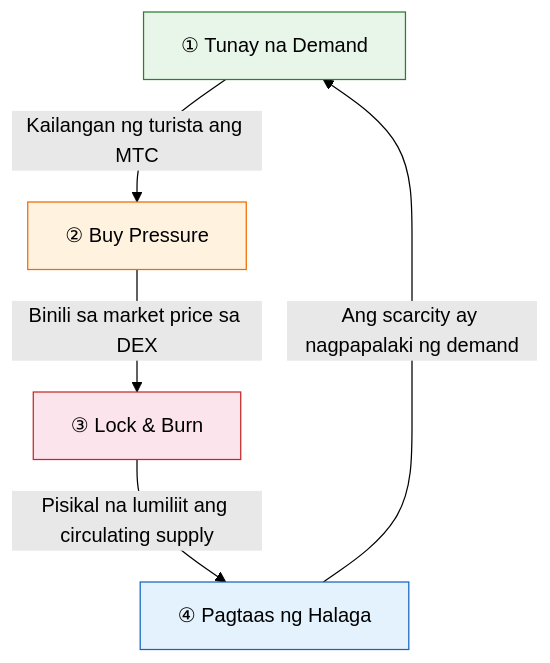
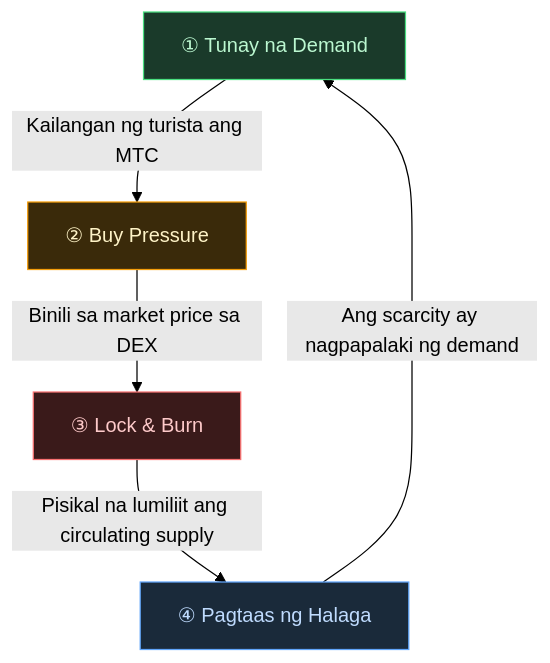
One commit to Cootakahashi/matsuri-dao-whitepaper changed the first of 2 diagrams in i18n/fil/docusaurus-plugin-content-docs/current/02-vision.md. Above: the diagram before and after it, drawn with Mermaid (forest theme). The commit also changed 102 other files, not shown here.

````diff
--- a/i18n/fil/docusaurus-plugin-content-docs/current/02-vision.md
+++ b/i18n/fil/docusaurus-plugin-content-docs/current/02-vision.md
@@ -42,12 +42,12 @@
 ```mermaid
 graph TD
-    A["① Tunay na Demand"] -->|Kailangan ng turista ang MTC| B["② Buy Pressure"]
-    B -->|Binili sa market price sa DEX| C["③ Lock & Burn"]
-    C -->|Pisikal na lumiliit ang circulating supply| D["④ Pagtaas ng Halaga"]
+    A["① Tunay na Demand"]:::step1 -->|Kailangan ng turista ang MTC| B["② Buy Pressure"]:::step2
+    B -->|Binili sa market price sa DEX| C["③ Lock & Burn"]:::step3
+    C -->|Pisikal na lumiliit ang circulating supply| D["④ Pagtaas ng Halaga"]:::step4
     D -->|Ang scarcity ay nagpapalaki ng demand| A
 
-    style A fill:#e8f5e9,stroke:#2e7d32
-    style B fill:#fff3e0,stroke:#ef6c00
-    style C fill:#fce4ec,stroke:#c62828
-    style D fill:#e3f2fd,stroke:#1565c0
+    classDef step1 fill:#1a3a2a,stroke:#4ade80,color:#bbf7d0
+    classDef step2 fill:#3a2a0a,stroke:#f59e0b,color:#fef3c7
+    classDef step3 fill:#3a1a1a,stroke:#f87171,color:#fecaca
+    classDef step4 fill:#1a2a3a,stroke:#60a5fa,color:#bfdbfe
 ```
````
